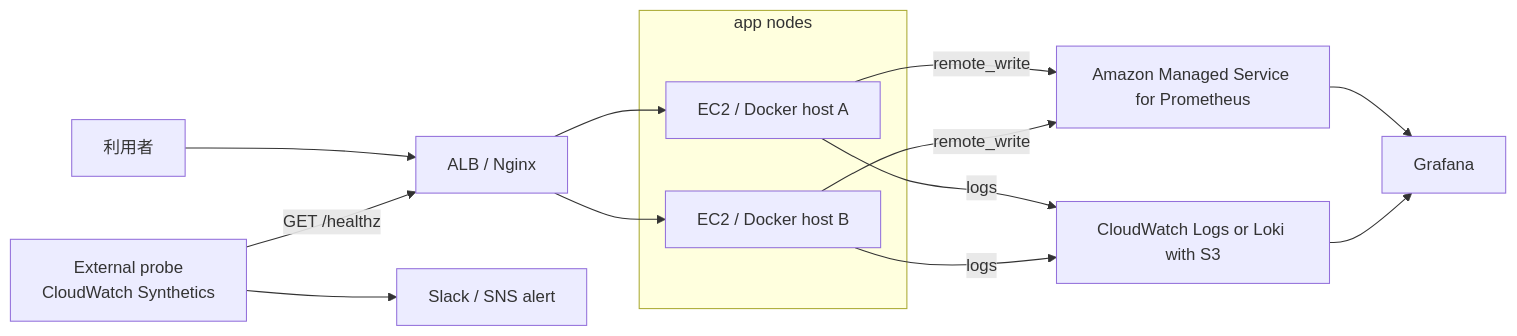
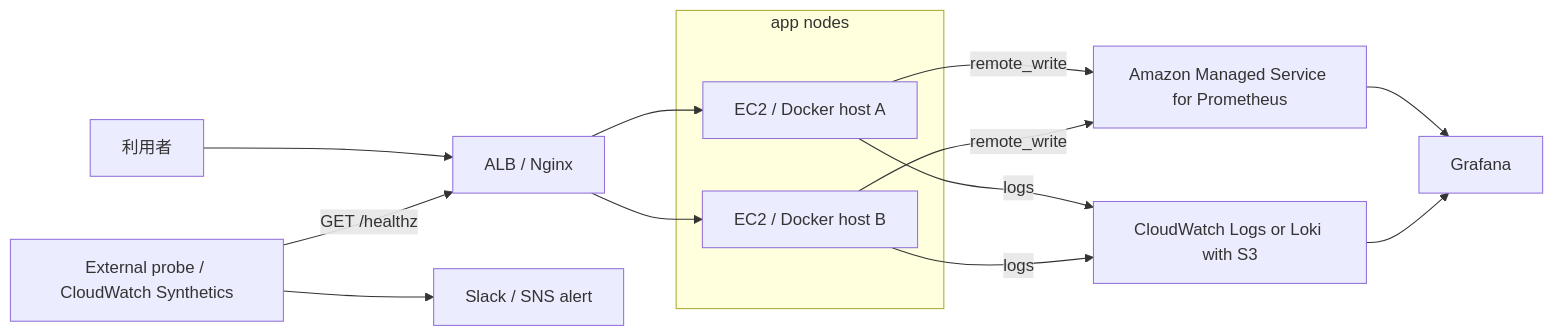
The diagram in docs/roadmap/external-probe-central-telemetry.md (ns7jp/server), drawn with Mermaid before and after one commit. The commit also changed 8 other files, not shown here.

Commit message:
Fix Mermaid diagrams on GitHub

````diff
--- a/docs/roadmap/external-probe-central-telemetry.md
+++ b/docs/roadmap/external-probe-central-telemetry.md
@@ -18,24 +18,23 @@
 ```mermaid
 flowchart LR
     User[利用者] --> ALB[ALB / Nginx]
-    Synthetic["`External probe
-    CloudWatch Synthetics`"]
+    Synthetic["External probe / CloudWatch Synthetics"]
     Synthetic -->|GET /healthz| ALB
 
     subgraph Nodes[app nodes]
         A[EC2 / Docker host A]
         B[EC2 / Docker host B]
     end
 
     ALB --> A
     ALB --> B
 
     A -->|remote_write| AMP[Amazon Managed Service for Prometheus]
     B -->|remote_write| AMP
     A -->|logs| Logs[CloudWatch Logs or Loki with S3]
     B -->|logs| Logs
 
     AMP --> Grafana[Grafana]
     Logs --> Grafana
     Synthetic --> Alert[Slack / SNS alert]
 ```
````
